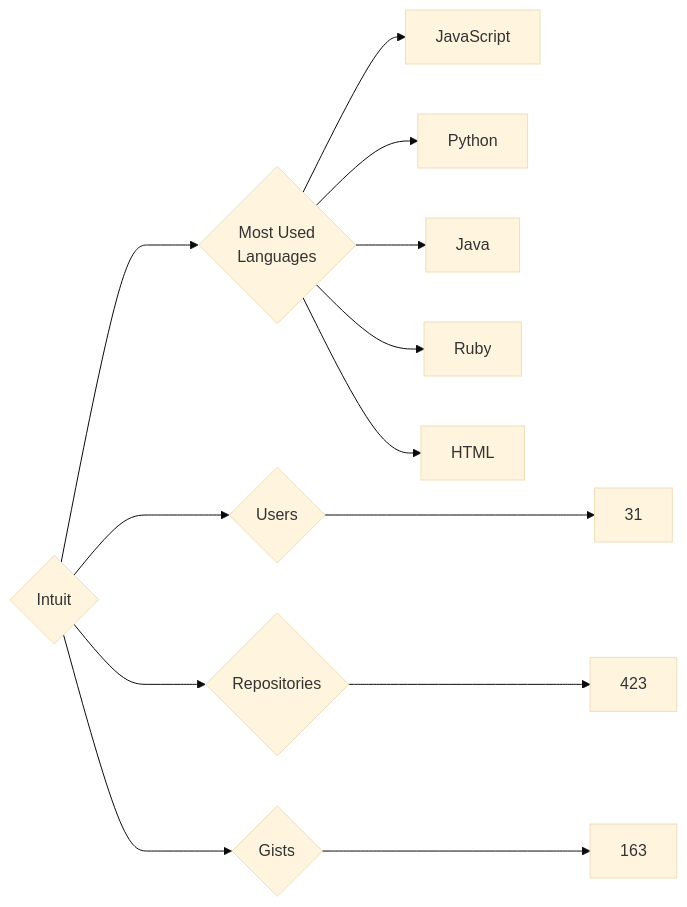
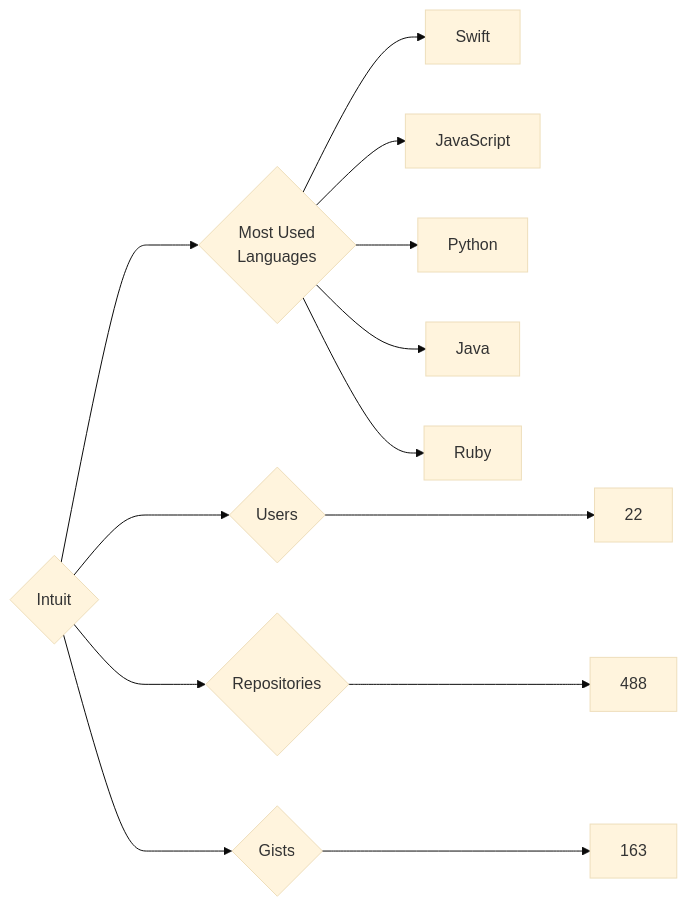
The diagram in targets/Intuit/README.md (trickest/insiders), drawn with Mermaid (base theme) before and after one commit. The commit also changed 681 other files, not shown here.

````diff
--- a/targets/Intuit/README.md
+++ b/targets/Intuit/README.md
@@ -3,13 +3,13 @@
 ```mermaid
 graph LR
 COMPANY_NAME{Intuit}
-COMPANY_NAME ---> U{Users} ---> UN[31]
-COMPANY_NAME ---> R{Repositories} ---> RN[423]
+COMPANY_NAME ---> U{Users} ---> UN[22]
+COMPANY_NAME ---> R{Repositories} ---> RN[488]
 COMPANY_NAME ---> G{Gists} ---> GN[163]
 COMPANY_NAME ---> ML{Most Used<br>Languages}
+ML --> Swift[Swift]
 ML --> JavaScript[JavaScript]
 ML --> Python[Python]
 ML --> Java[Java]
 ML --> Ruby[Ruby]
-ML --> HTML[HTML]
 ```
````
